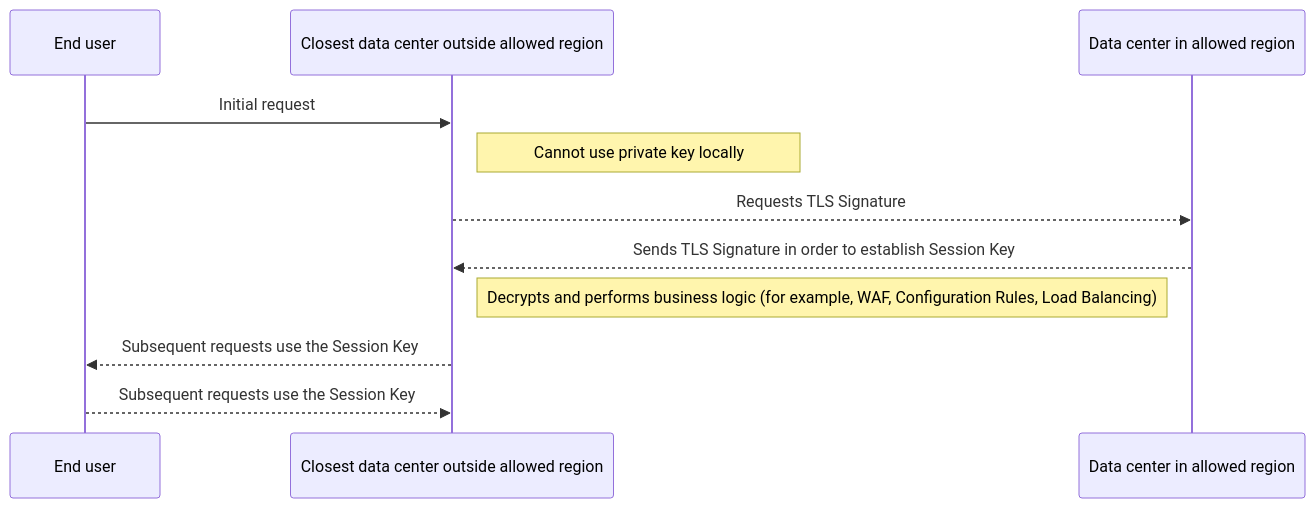
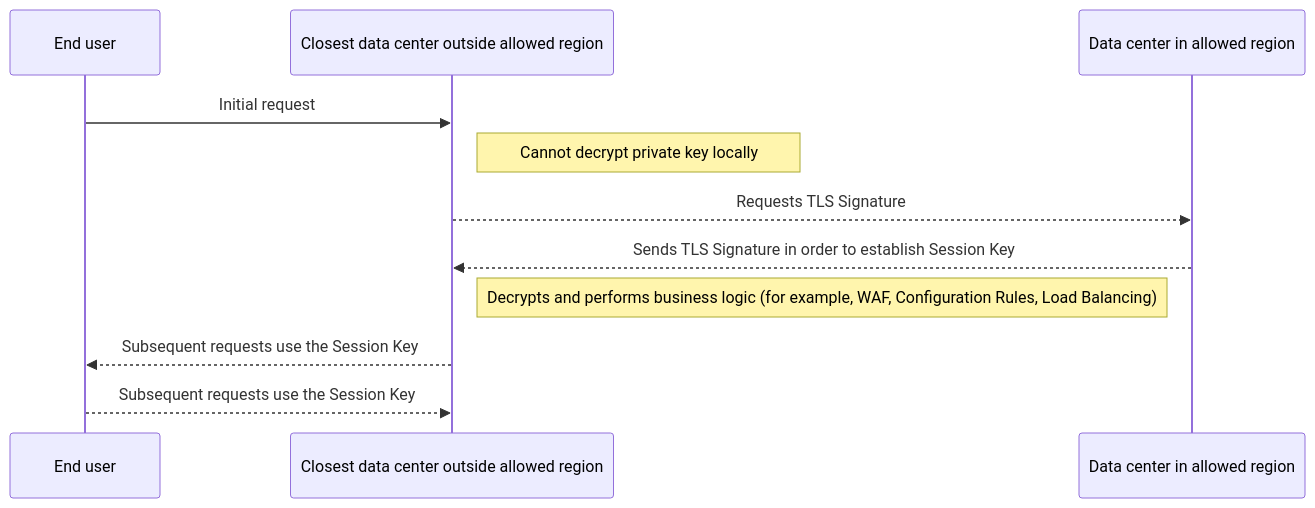
One commit to cloudflare/cloudflare-docs changed the diagram in src/content/docs/data-localization/geo-key-manager.mdx. Above: the diagram before and after it, drawn with Mermaid. The commit also changed other lines of this file and 6 other files, not shown here.

Commit message:
[DLS, SSL] Use private-key decryption terminology

````diff
--- a/src/content/docs/data-localization/geo-key-manager.mdx
+++ b/src/content/docs/data-localization/geo-key-manager.mdx
@@ -31,14 +31,14 @@
 ```mermaid
 sequenceDiagram
     participant User as End user
     participant CloudflarePoP as Closest data center outside allowed region
     participant CloudflarePoPwTLS as Data center in allowed region
 
     User->>CloudflarePoP: Initial request
-    Note right of CloudflarePoP: Cannot use private key locally
+    Note right of CloudflarePoP: Cannot decrypt private key locally
     CloudflarePoP-->>CloudflarePoPwTLS: Requests TLS Signature
     CloudflarePoPwTLS-->>CloudflarePoP: Sends TLS Signature in order to establish Session Key
     Note right of CloudflarePoP: Decrypts and performs business logic (for example, WAF, Configuration Rules, Load Balancing)
     CloudflarePoP-->>User: Subsequent requests use the Session Key
     User-->>CloudflarePoP: Subsequent requests use the Session Key
 ```
````
